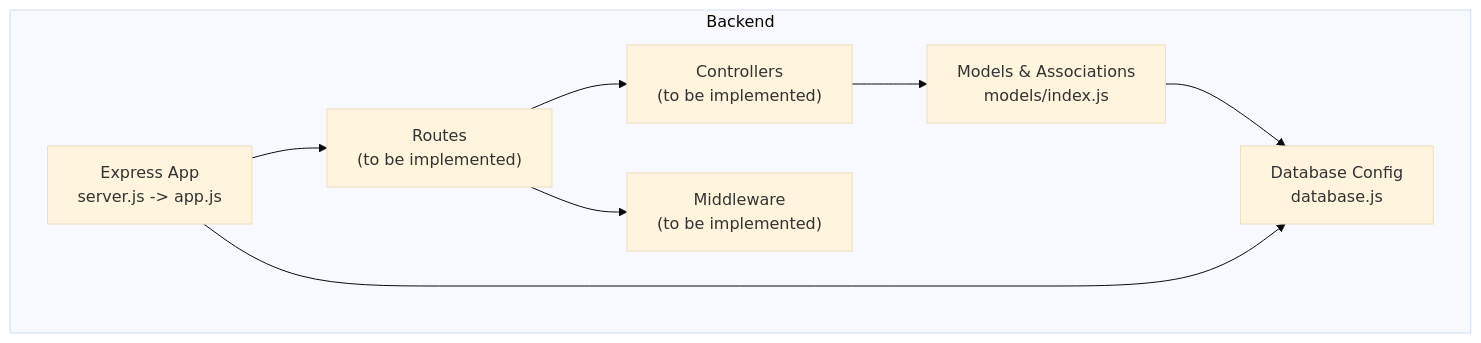
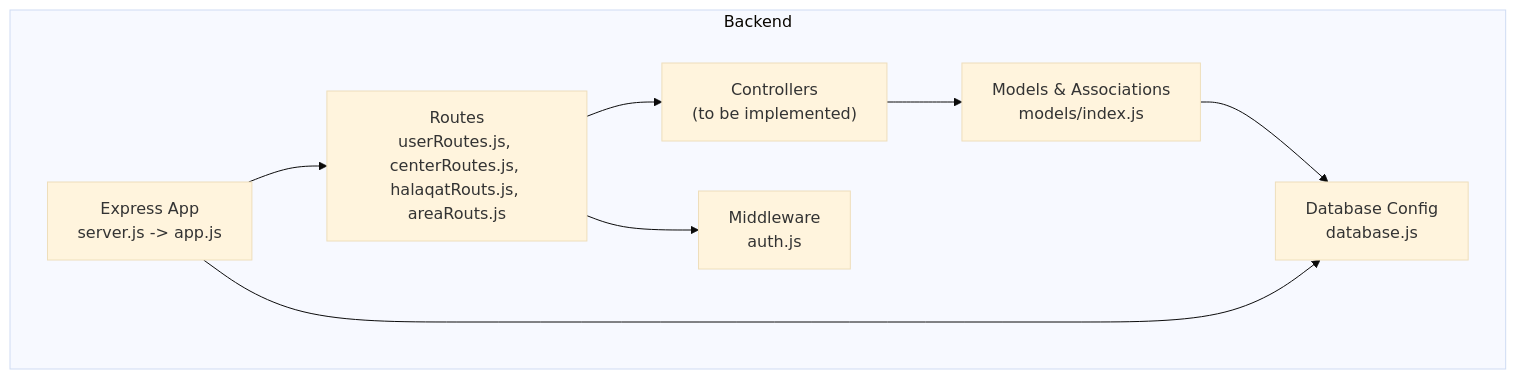
One commit to Mreng78/khirocom_project changed the first of 11 diagrams in .qoder/repowiki/en/content/Feature Modules/Feature Modules.md. Above: the diagram before and after it, drawn with Mermaid (base theme). The commit also changed other lines of this file and 10 other files, not shown here.

````diff
--- a/.qoder/repowiki/en/content/Feature Modules/Feature Modules.md
+++ b/.qoder/repowiki/en/content/Feature Modules/Feature Modules.md
@@ -42,17 +55,17 @@
 ```mermaid
 graph TB
 subgraph "Backend"
 CFG["Express App<br/>server.js -> app.js"]
 DB["Database Config<br/>database.js"]
 MODELS["Models & Associations<br/>models/index.js"]
-ROUTES["Routes<br/>(to be implemented)"]
+ROUTES["Routes<br/>userRoutes.js, centerRoutes.js, halaqatRouts.js, areaRouts.js"]
 CONTROLLERS["Controllers<br/>(to be implemented)"]
-MIDDLEWARE["Middleware<br/>(to be implemented)"]
+MIDDLEWARE["Middleware<br/>auth.js"]
 end
 CFG --> ROUTES
 ROUTES --> CONTROLLERS
 CONTROLLERS --> MODELS
 MODELS --> DB
 CFG --> DB
 ROUTES --> MIDDLEWARE
 ```
````
